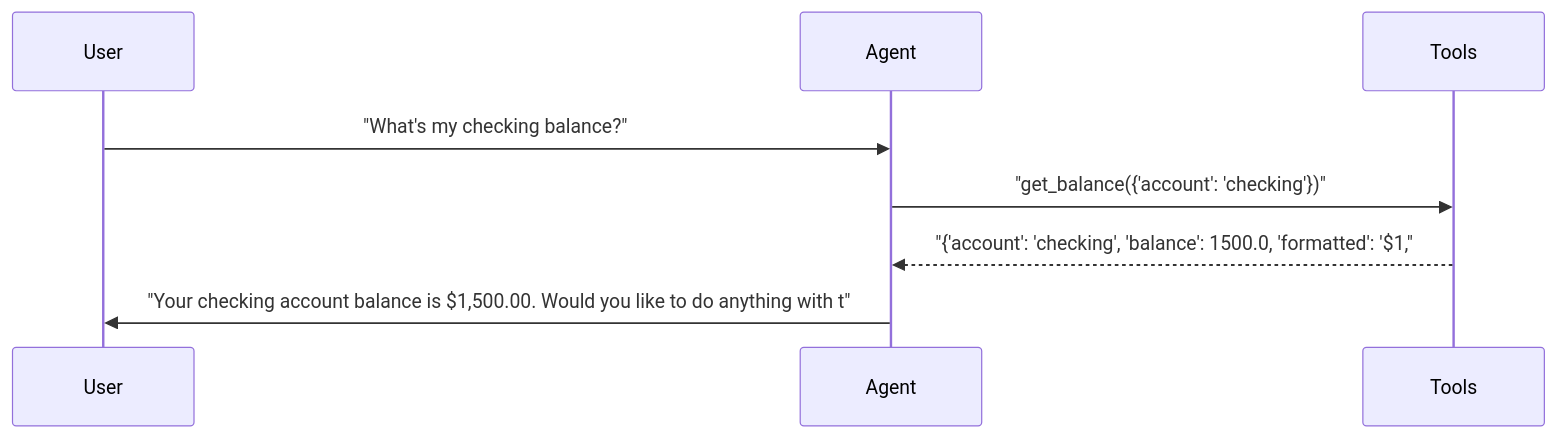
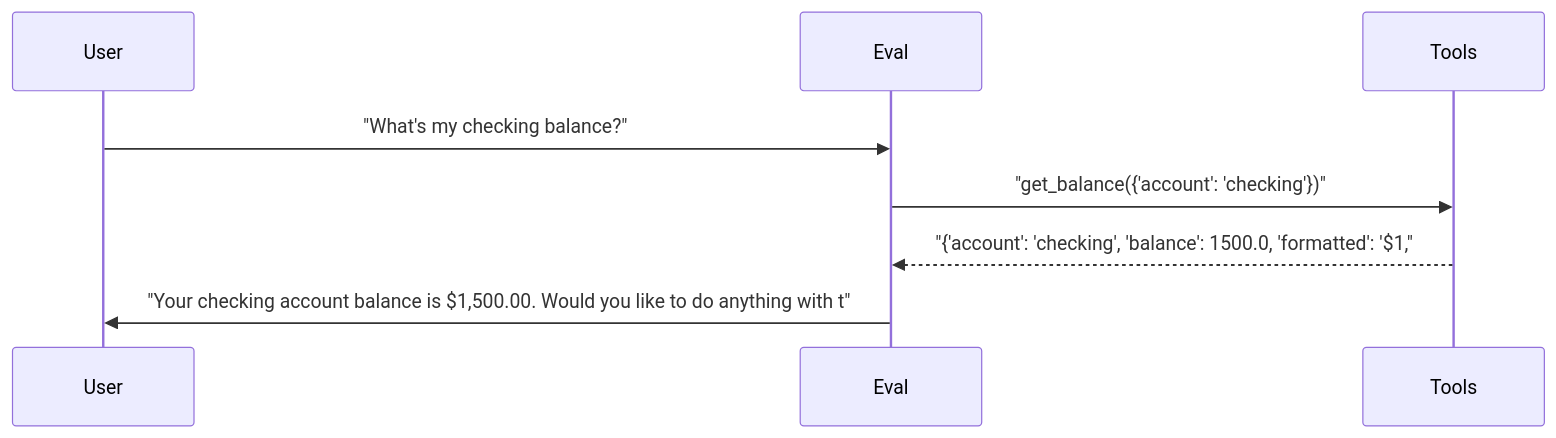
Before and after one commit to sbroenne/pytest-skill-engineering: the second of 4 diagrams in docs/reports/09_ab_servers.md, drawn with Mermaid. The commit also changed other lines of this file and 155 other files, not shown here.

````diff
--- a/docs/reports/09_ab_servers.md
+++ b/docs/reports/09_ab_servers.md
@@ -164,11 +164,11 @@
 ```mermaid
 sequenceDiagram
     participant User
-    participant Agent
+    participant Eval
     participant Tools
 
-    User->>Agent: "What's my checking balance?"
-    Agent->>Tools: "get_balance({'account': 'checking'})"
-    Tools-->>Agent: "{'account': 'checking', 'balance': 1500.0, 'formatted': '$1,"
-    Agent->>User: "Your checking account balance is $1,500.00. Would you like to do anything with t"
+    User->>Eval: "What's my checking balance?"
+    Eval->>Tools: "get_balance({'account': 'checking'})"
+    Tools-->>Eval: "{'account': 'checking', 'balance': 1500.0, 'formatted': '$1,"
+    Eval->>User: "Your checking account balance is $1,500.00. Would you like to do anything with t"
 ```
````
